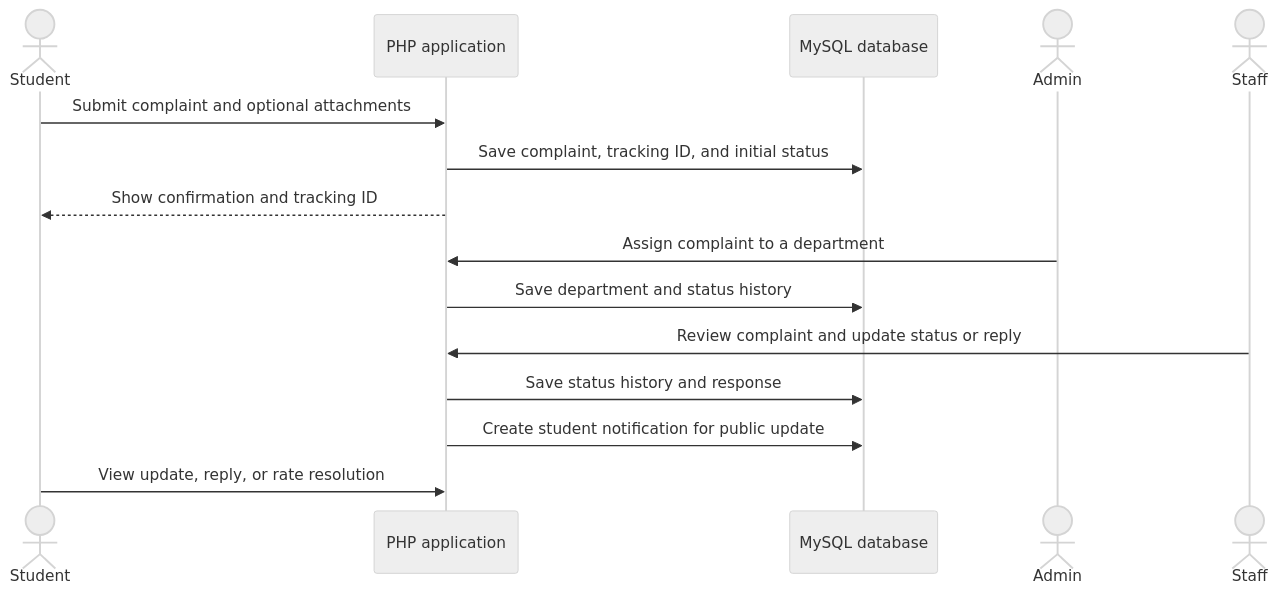
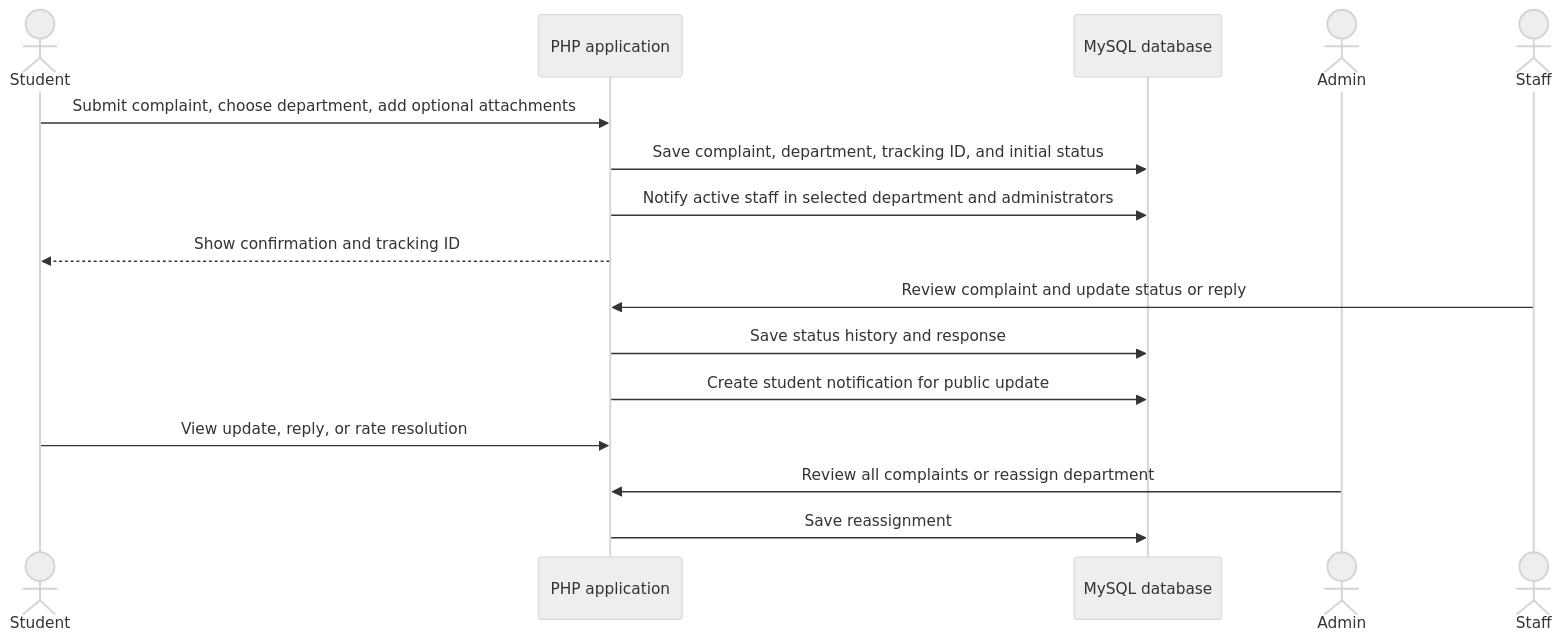
The fifth of 6 diagrams in diagram.md (softboyai/complaints_system), drawn with Mermaid (neutral theme) before and after one commit. The commit also changed 3 other files, not shown here.

Commit message:
Route student complaints to departments

````diff
--- a/diagram.md
+++ b/diagram.md
@@ -84,18 +84,19 @@
 ```mermaid
 sequenceDiagram
     actor Student
     participant App as PHP application
     participant DB as MySQL database
     actor Admin
     actor Staff
 
-    Student->>App: Submit complaint and optional attachments
-    App->>DB: Save complaint, tracking ID, and initial status
+    Student->>App: Submit complaint, choose department, add optional attachments
+    App->>DB: Save complaint, department, tracking ID, and initial status
+    App->>DB: Notify active staff in selected department and administrators
     App-->>Student: Show confirmation and tracking ID
-    Admin->>App: Assign complaint to a department
-    App->>DB: Save department and status history
     Staff->>App: Review complaint and update status or reply
     App->>DB: Save status history and response
     App->>DB: Create student notification for public update
     Student->>App: View update, reply, or rate resolution
+    Admin->>App: Review all complaints or reassign department
+    App->>DB: Save reassignment
 ```
````
